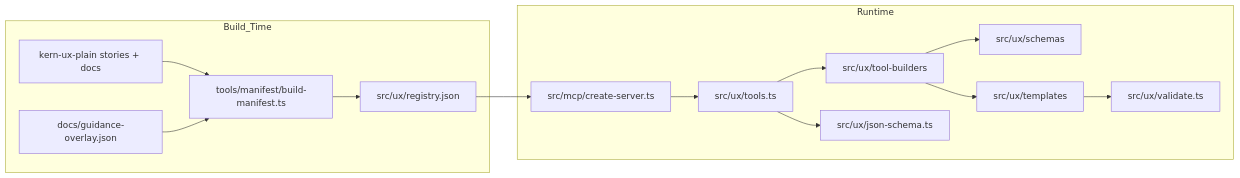
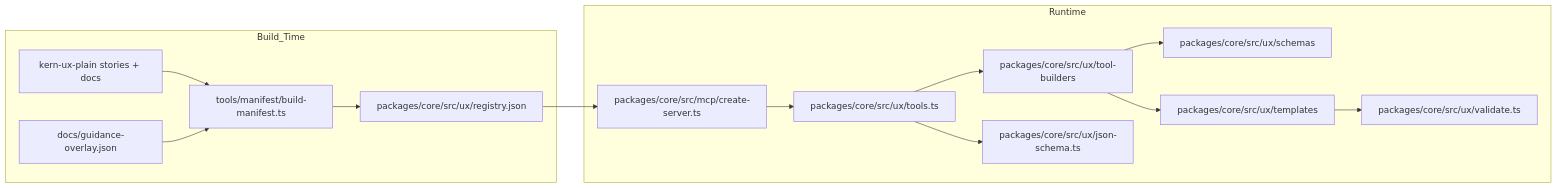
One commit to leonio/kern-ux-mcp changed the diagram in docs/contributor-guide.md. Above: the diagram before and after it, drawn with Mermaid. The commit also changed other lines of this file and 217 other files, not shown here.

````diff
--- a/docs/contributor-guide.md
+++ b/docs/contributor-guide.md
@@ -7,22 +7,22 @@
 ```mermaid
 flowchart LR
   subgraph Build_Time
     A[kern-ux-plain stories + docs]
     B[docs/guidance-overlay.json]
     C[tools/manifest/build-manifest.ts]
-    D[src/ux/registry.json]
+    D[packages/core/src/ux/registry.json]
     A --> C
     B --> C
     C --> D
   end
 
   subgraph Runtime
-    D --> E[src/mcp/create-server.ts]
-    E --> F[src/ux/tools.ts]
-    F --> G[src/ux/tool-builders]
-    G --> H[src/ux/schemas]
-    G --> I[src/ux/templates]
-    F --> J[src/ux/json-schema.ts]
-    I --> K[src/ux/validate.ts]
+    D --> E[packages/core/src/mcp/create-server.ts]
+    E --> F[packages/core/src/ux/tools.ts]
+    F --> G[packages/core/src/ux/tool-builders]
+    G --> H[packages/core/src/ux/schemas]
+    G --> I[packages/core/src/ux/templates]
+    F --> J[packages/core/src/ux/json-schema.ts]
+    I --> K[packages/core/src/ux/validate.ts]
   end
 ```
````
